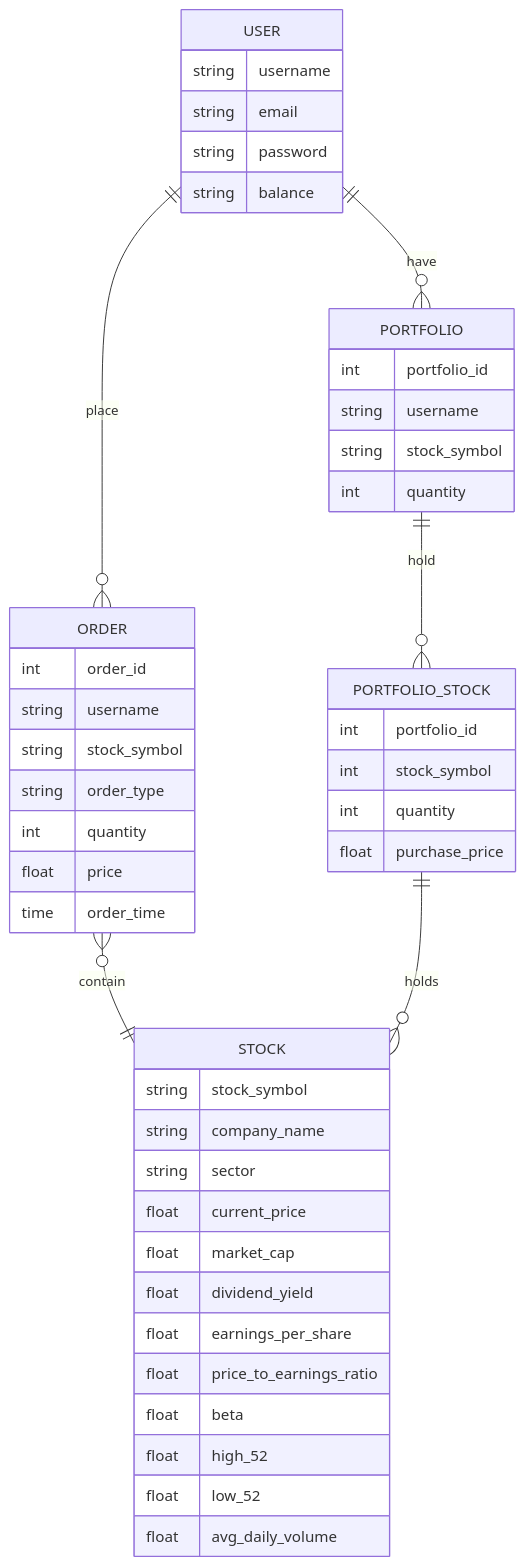
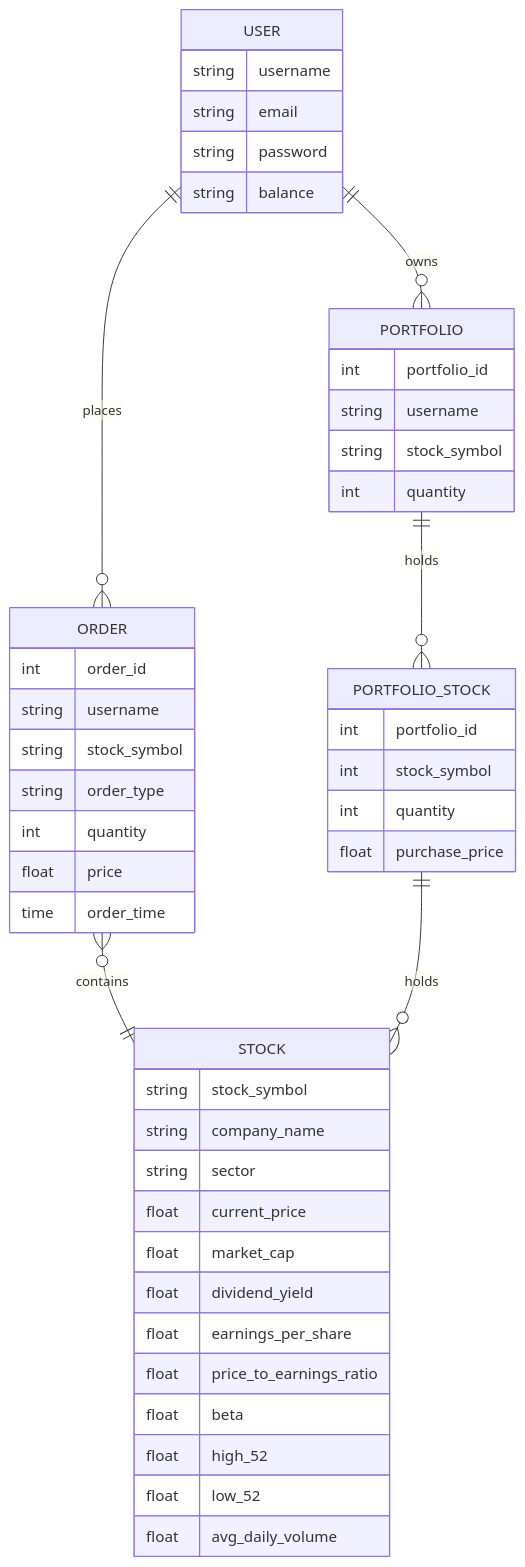
Before and after one commit to Capstone-Projects-2023-Spring/project-algorithmic-trading: the sixth of 6 diagrams in documentation/docs/system-architecture/design.md, drawn with Mermaid. The commit also changed other lines of this file, not shown here.

Commit message:
Merge branch 'main' of https://github.com/Capstone-Projects-2023-Spring/project-algorithmic-trading

````diff
--- a/documentation/docs/system-architecture/design.md
+++ b/documentation/docs/system-architecture/design.md
@@ -343,51 +343,51 @@
 ```mermaid
 erDiagram
-    USER ||--o{ ORDER : place  
-    USER ||--o{ PORTFOLIO: have
+    USER ||--o{ ORDER : places  
+    USER ||--o{ PORTFOLIO: owns
     USER{
         string username
         string email
         string password
         string balance
     }
 
     STOCK {
         string stock_symbol
         string company_name
         string sector
         float current_price
         float market_cap
         float dividend_yield
         float earnings_per_share
         float price_to_earnings_ratio
         float beta
         float high_52
         float low_52
         float avg_daily_volume
     }
 
-    ORDER }o--|| STOCK : contain
+    ORDER }o--|| STOCK : contains
     ORDER {
         int order_id
         string username
         string stock_symbol
         string order_type
         int quantity
         float price
         time order_time
     }
     PORTFOLIO {
         int portfolio_id
         string username
         string stock_symbol
         int quantity
     }
-    PORTFOLIO ||--o{ PORTFOLIO_STOCK : hold
+    PORTFOLIO ||--o{ PORTFOLIO_STOCK : holds
     PORTFOLIO_STOCK ||--o{ STOCK: holds
     PORTFOLIO_STOCK {
         int portfolio_id
         int stock_symbol
         int quantity
         float purchase_price
     }
 ```
````
